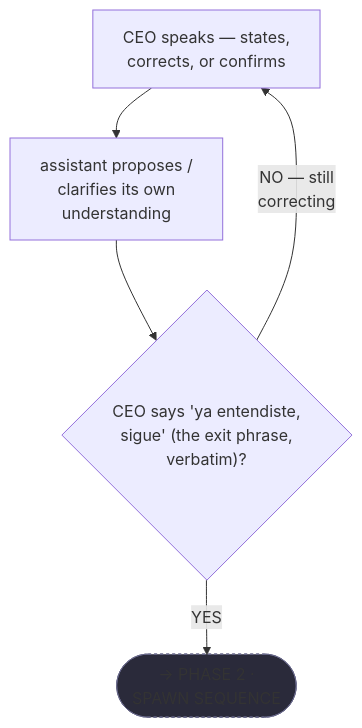
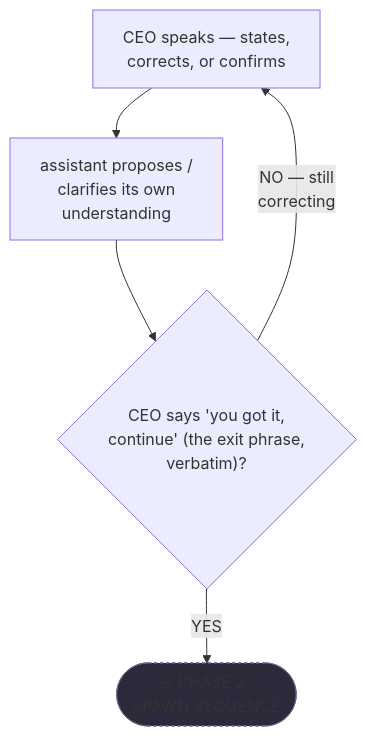
Before and after one commit to Wilman2612/grimorio-agents: the third of 7 diagrams in .claude/skills/grimorio.conduct/project.main-loop-flow-quasi-software-view.md, drawn with Mermaid. The commit also changed other lines of this file and 213 other files, not shown here.

````diff
--- a/.claude/skills/grimorio.conduct/project.main-loop-flow-quasi-software-view.md
+++ b/.claude/skills/grimorio.conduct/project.main-loop-flow-quasi-software-view.md
@@ -124,10 +124,10 @@
 ```mermaid
 flowchart TB
     A1["CEO speaks — states,<br/>corrects, or confirms"] --> A2["assistant proposes /<br/>clarifies its own<br/>understanding"]
-    A2 --> A3{"CEO says 'ya entendiste,<br/>sigue' (the exit phrase,<br/>verbatim)?"}
+    A2 --> A3{"CEO says 'you got it,<br/>continue' (the exit phrase,<br/>verbatim)?"}
     A3 -->|"NO — still<br/>correcting"| A1
     A3 -->|"YES"| EXITP1(["→ PHASE 2 ·<br/>SPAWN SEQUENCE"])
 
     classDef exit fill:#2a2a3a,stroke:#668,stroke-dasharray: 3 3
     class EXITP1 exit
 ```
````
